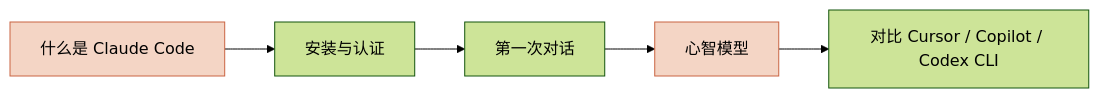
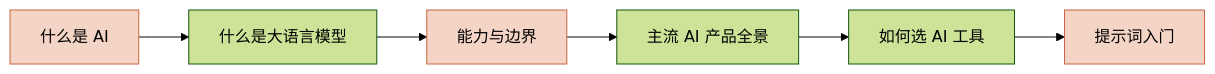
One commit to dukegod/ai-handbook changed the diagram in getting-started/index.md. Above: the diagram before and after it, drawn with Mermaid (forest theme). The commit also changed other lines of this file and 75 other files, not shown here.

````diff
--- a/getting-started/index.md
+++ b/getting-started/index.md
@@ -22,10 +24,12 @@
 ```mermaid
 flowchart LR
-  A[什么是 Claude Code] --> B[安装与认证]
-  B --> C[第一次对话]
-  C --> D[心智模型]
-  D --> E[对比 Cursor / Copilot / Codex CLI]
+  A[什么是 AI] --> B[什么是大语言模型]
+  B --> C[能力与边界]
+  C --> D[主流 AI 产品全景]
+  D --> E[如何选 AI 工具]
+  E --> F[提示词入门]
 
   style A fill:#f4d5c5,stroke:#c96442
-  style D fill:#f4d5c5,stroke:#c96442
+  style C fill:#f4d5c5,stroke:#c96442
+  style F fill:#f4d5c5,stroke:#c96442
 ```
````
